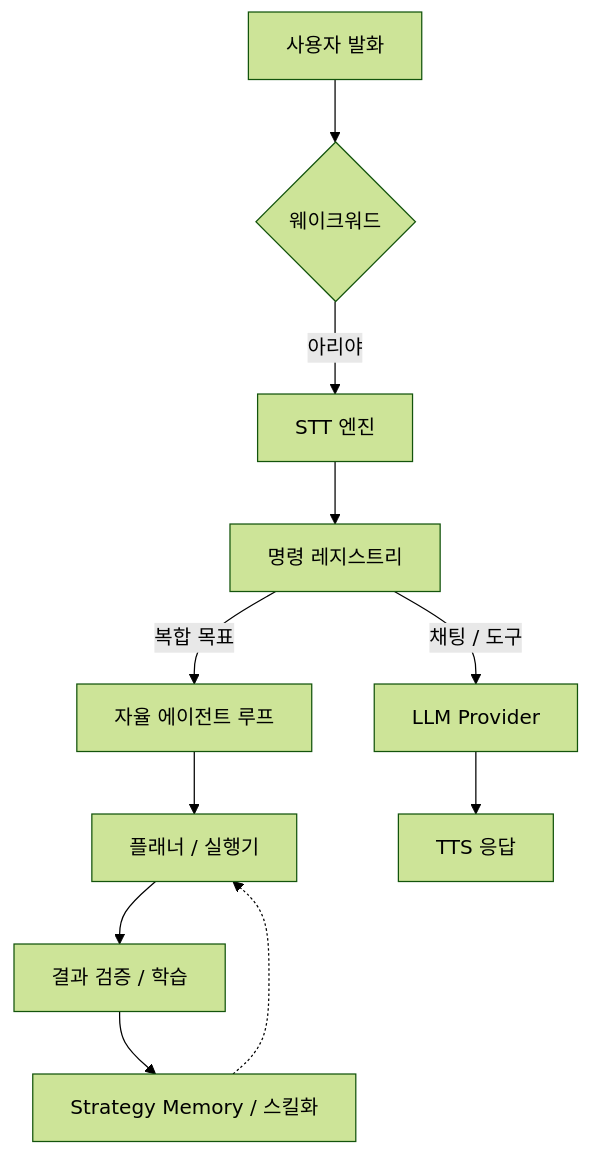
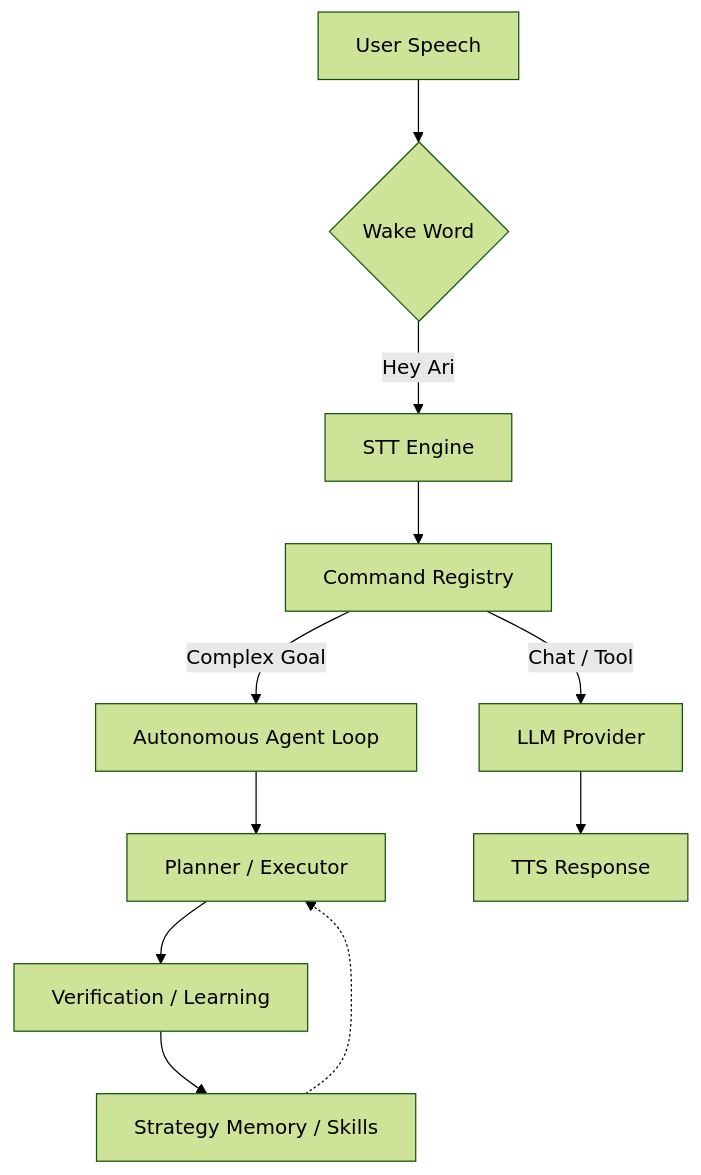
One commit to DO0OG/AI-Assistant changed the diagram in README.md. Above: the diagram before and after it, drawn with Mermaid (forest theme). The commit also changed other lines of this file and 4 other files, not shown here.

````diff
--- a/README.md
+++ b/README.md
@@ -94,13 +97,13 @@
 ```mermaid
 graph TD
-    A[사용자 발화] --> B{웨이크워드}
-    B -- "아리야" --> C[STT 엔진]
-    C --> D[명령 레지스트리]
-    D -- "복합 목표" --> E[자율 에이전트 루프]
-    E --> F[플래너 / 실행기]
-    F --> G[결과 검증 / 학습]
-    G --> H[Strategy Memory / 스킬화]
-    D -- "채팅 / 도구" --> I[LLM Provider]
-    I --> J[TTS 응답]
+    A[User Speech] --> B{Wake Word}
+    B -- "Hey Ari" --> C[STT Engine]
+    C --> D[Command Registry]
+    D -- "Complex Goal" --> E[Autonomous Agent Loop]
+    E --> F[Planner / Executor]
+    F --> G[Verification / Learning]
+    G --> H[Strategy Memory / Skills]
+    D -- "Chat / Tool" --> I[LLM Provider]
+    I --> J[TTS Response]
     H -.-> F
 ```
````
